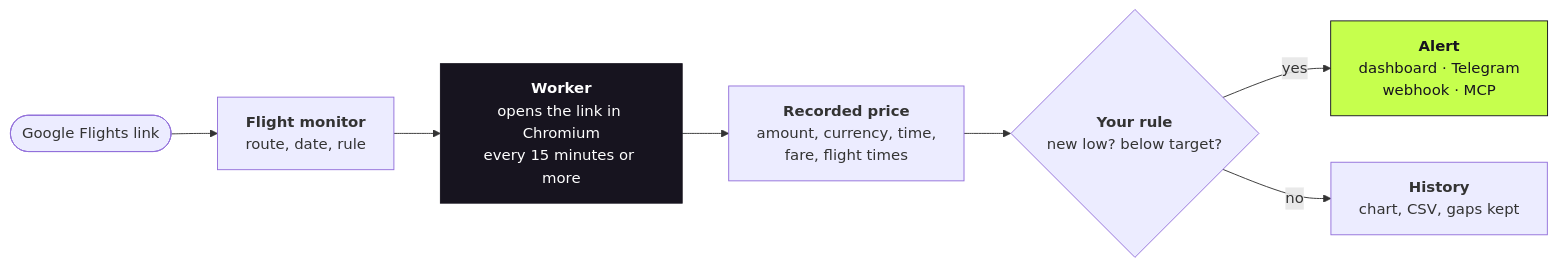
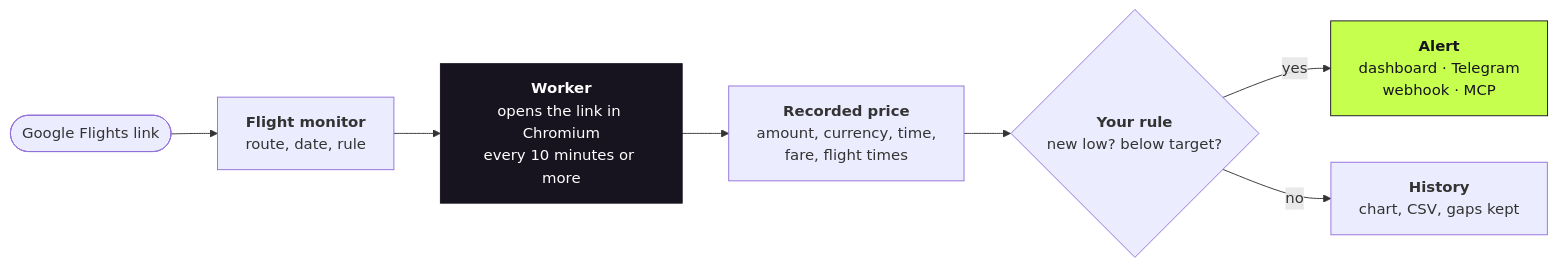
Before and after one commit to cxdima/fareflare: the diagram in README.md, drawn with Mermaid. The commit also changed other lines of this file and 23 other files, not shown here.

First line of the commit message:
feat: check every 10 minutes and retry a failed check after a fixed 15 minutes

````diff
--- a/README.md
+++ b/README.md
@@ -83,13 +83,13 @@
 ```mermaid
 flowchart LR
     L(["Google Flights link"]) --> M["<b>Flight monitor</b><br/>route, date, rule"]
-    M --> W["<b>Worker</b><br/>opens the link in Chromium<br/>every 15 minutes or more"]
+    M --> W["<b>Worker</b><br/>opens the link in Chromium<br/>every 10 minutes or more"]
     W --> O["<b>Recorded price</b><br/>amount, currency, time,<br/>fare, flight times"]
     O --> R{"<b>Your rule</b><br/>new low? below target?"}
     R -->|yes| A["<b>Alert</b><br/>dashboard · Telegram<br/>webhook · MCP"]
     R -->|no| H["<b>History</b><br/>chart, CSV, gaps kept"]
     classDef ink fill:#17141f,color:#fff,stroke:#17141f
     classDef lime fill:#c6ff4d,color:#17141f,stroke:#17141f
     class W ink
     class A lime
 ```
````
